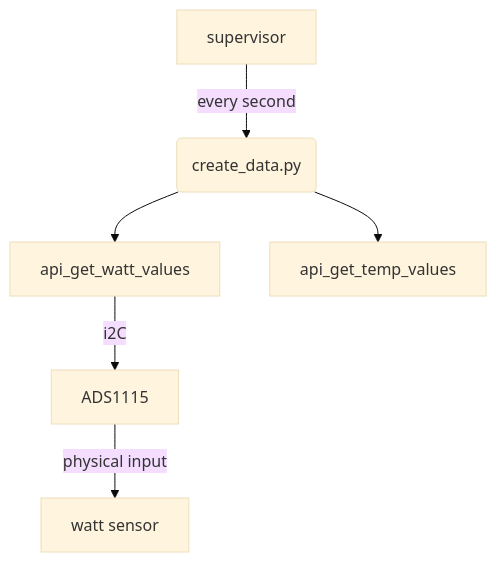
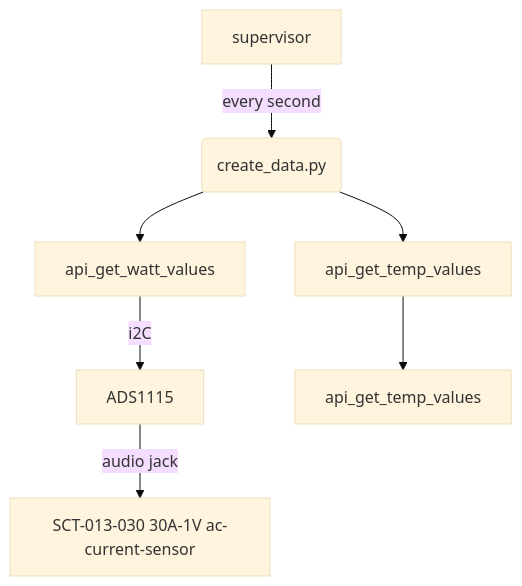
One commit to cheperboy/wiki changed the diagram in software.md. Above: the diagram before and after it, drawn with Mermaid (base theme). The commit also changed other lines of this file, not shown here.

````diff
--- a/software.md
+++ b/software.md
@@ -34,10 +34,11 @@
 ```mermaid
 graph TD
 A[supervisor] -->|every second| B(create_data.py)
 B --> C[api_get_watt_values]
 C --> |i2C| D[ADS1115]
-D --> |physical input| E[watt sensor]
+D --> |audio jack| E[SCT-013-030 30A-1V ac-current-sensor]
 B --> G[api_get_temp_values]
+G --> H[api_get_temp_values]
 
 
 ```
````
